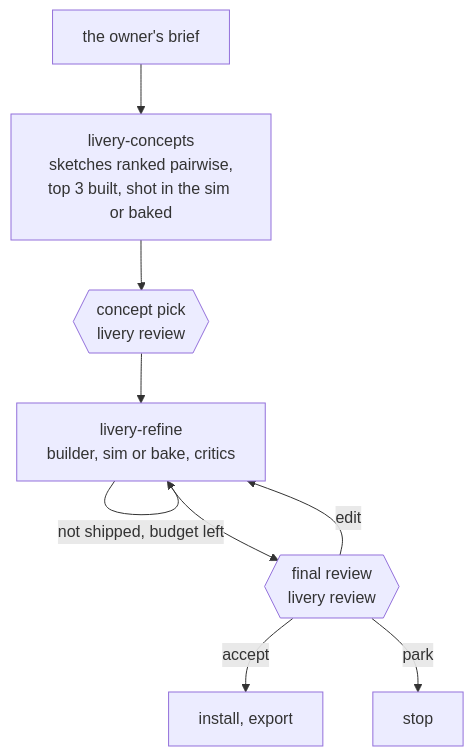
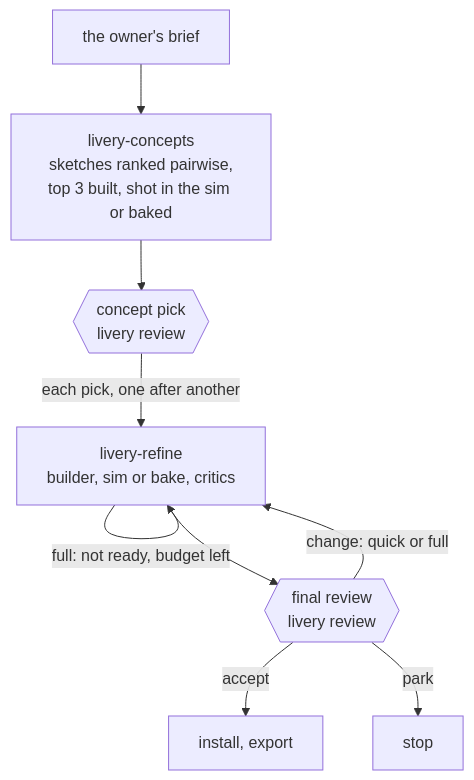
Before and after one commit to nickolaj-jepsen/fartstriber: the second of 2 diagrams in docs/architecture.md, drawn with Mermaid. The commit also changed other lines of this file and 6 other files, not shown here.

First line of the commit message:
Docs, agents and skills for quick and full refines, critic suggestions and several picks

````diff
--- a/docs/architecture.md
+++ b/docs/architecture.md
@@ -313,11 +310,11 @@
 ```mermaid
 flowchart TD
   brief["the owner's brief"] --> concepts["livery-concepts<br/>sketches ranked pairwise,<br/>top 3 built, shot in the sim or baked"]
   concepts --> pick{{"concept pick<br/>livery review"}}
-  pick --> refine["livery-refine<br/>builder, sim or bake, critics"]
-  refine -- "not shipped, budget left" --> refine
+  pick -- "each pick, one after another" --> refine["livery-refine<br/>builder, sim or bake, critics"]
+  refine -- "full: not ready, budget left" --> refine
   refine --> final{{"final review<br/>livery review"}}
-  final -- edit --> refine
+  final -- "change: quick or full" --> refine
   final -- accept --> install["install, export"]
   final -- park --> stop["stop"]
 ```
````
